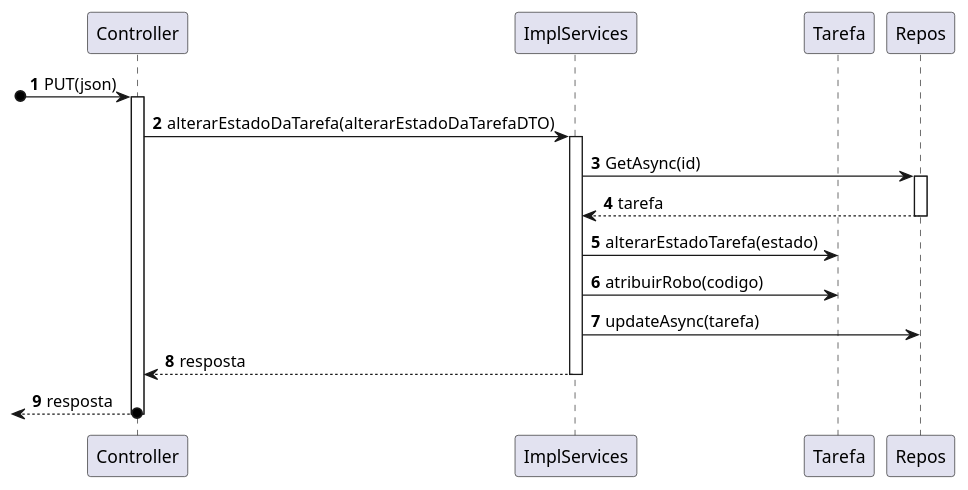
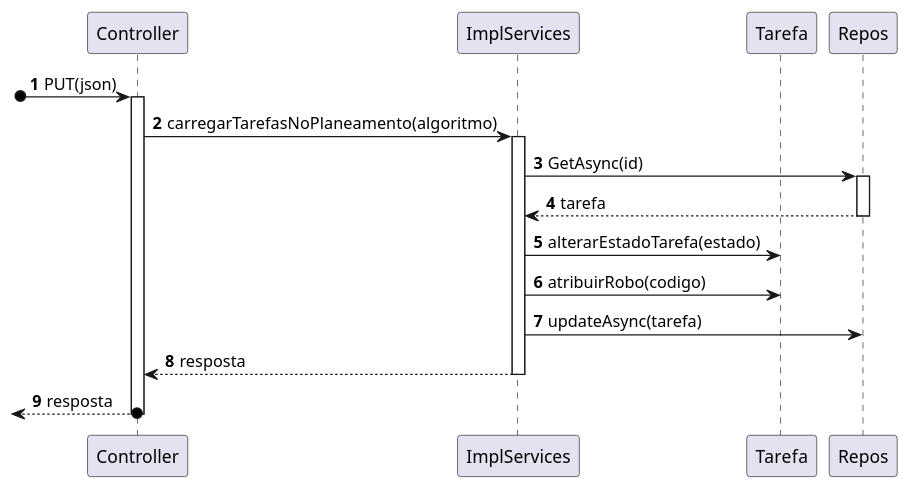
One commit to SEM5PI2324G58/sem5pi_g58_23_24 changed the diagram in docs/Sprint_C/US_470/US470.1/N3/N3_VP.puml. Above: the diagram before and after it, drawn with PlantUML. The commit also changed 7 other files, not shown here.

```diff
--- a/docs/Sprint_C/US_470/US470.1/N3/N3_VP.puml
+++ b/docs/Sprint_C/US_470/US470.1/N3/N3_VP.puml
@@ -1,21 +1,21 @@
 autonumber
  
 
 participant "Controller" as ctrl
 participant "ImplServices" as service
 participant "Tarefa" as domain
 participant "Repos" as repo
 
 
 [o-> ctrl: PUT(json)
 activate ctrl
-ctrl -> service: alterarEstadoDaTarefa(alterarEstadoDaTarefaDTO) 
+ctrl -> service: carregarTarefasNoPlaneamento(algoritmo) 
 activate service
 service -> repo : GetAsync(id)
 activate repo
 return tarefa
 service -> domain : alterarEstadoTarefa(estado)
 service -> domain : atribuirRobo(codigo)
 service -> repo : updateAsync(tarefa)
 return resposta
 return resposta
```
